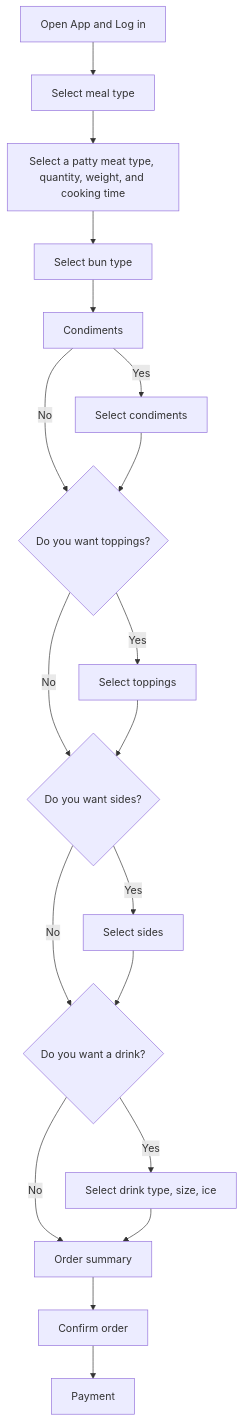
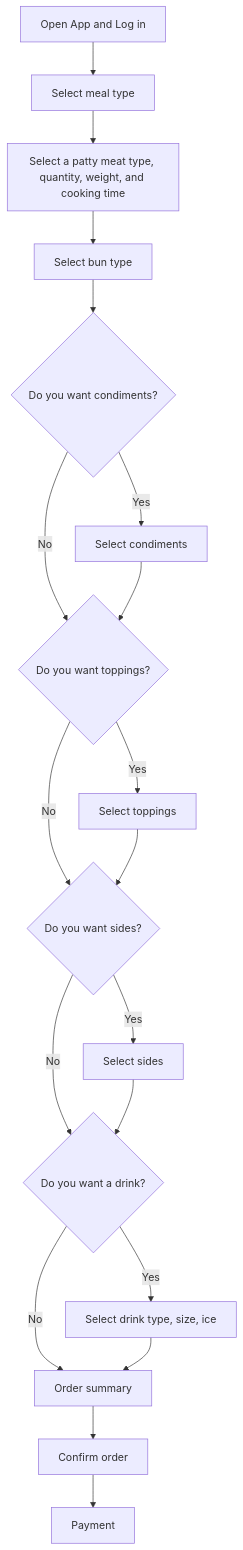
Before and after one commit to miriam1986/student-showcase: the diagram in student-work/miriam-rosenberg/api-final-project/readme.md, drawn with Mermaid.

````diff
--- a/student-work/miriam-rosenberg/api-final-project/readme.md
+++ b/student-work/miriam-rosenberg/api-final-project/readme.md
@@ -13,23 +13,23 @@
 ```mermaid
 
 flowchart TD
  A[Open App and Log in] --> B[Select meal type]
    B --> C[Select a patty meat type, quantity, weight, and cooking time]
    C --> D[Select bun type]
-   D --> E[Condiments]
+   D --> E{Do you want condiments?}
    E -->|No| G{Do you want toppings?}
    E -->|Yes| F[Select condiments]
    F --> G{Do you want toppings?}
    G -->|No| I{Do you want sides?}
    G -->|Yes| H[Select toppings]
    H --> I{Do you want sides?}
    I -->|Yes| J[Select sides]
    I -->|No| K{Do you want a drink?}
   J --> K{Do you want a drink?}
   K -->|Yes| L[Select drink type, size, ice]
   K -->|No| M[Order summary]
   L --> M[Order summary]
   M --> N[Confirm order]
   N --> O[Payment]
    
 ```
````
